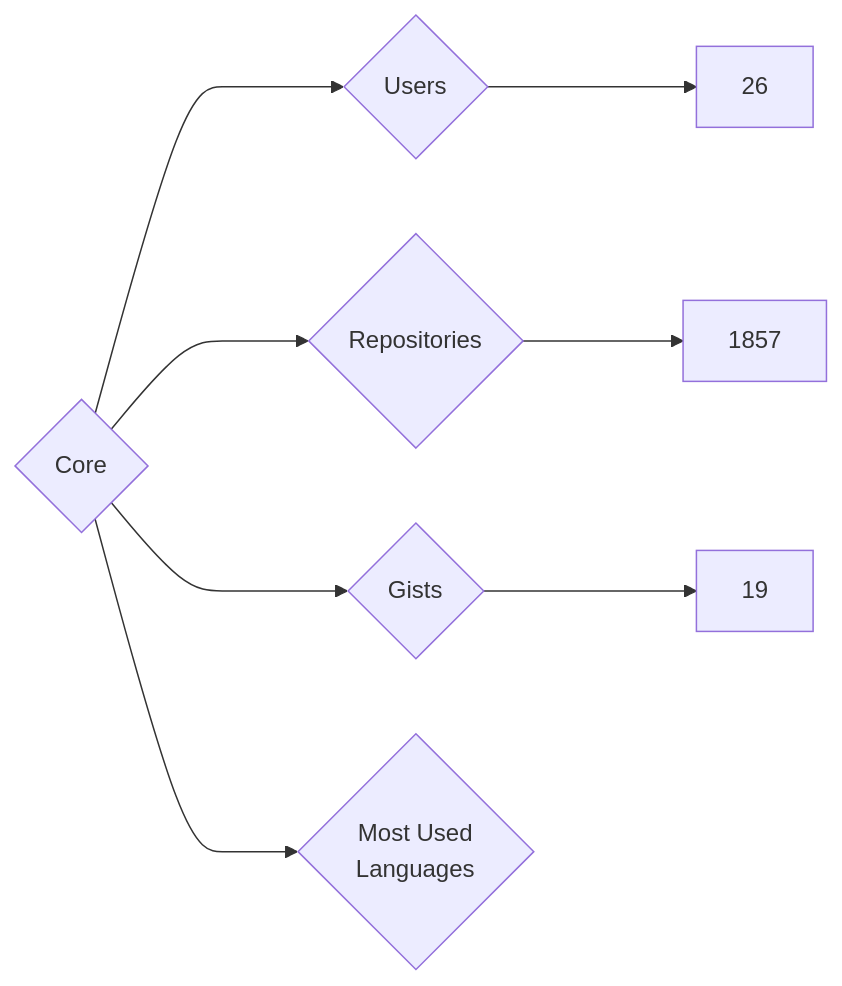
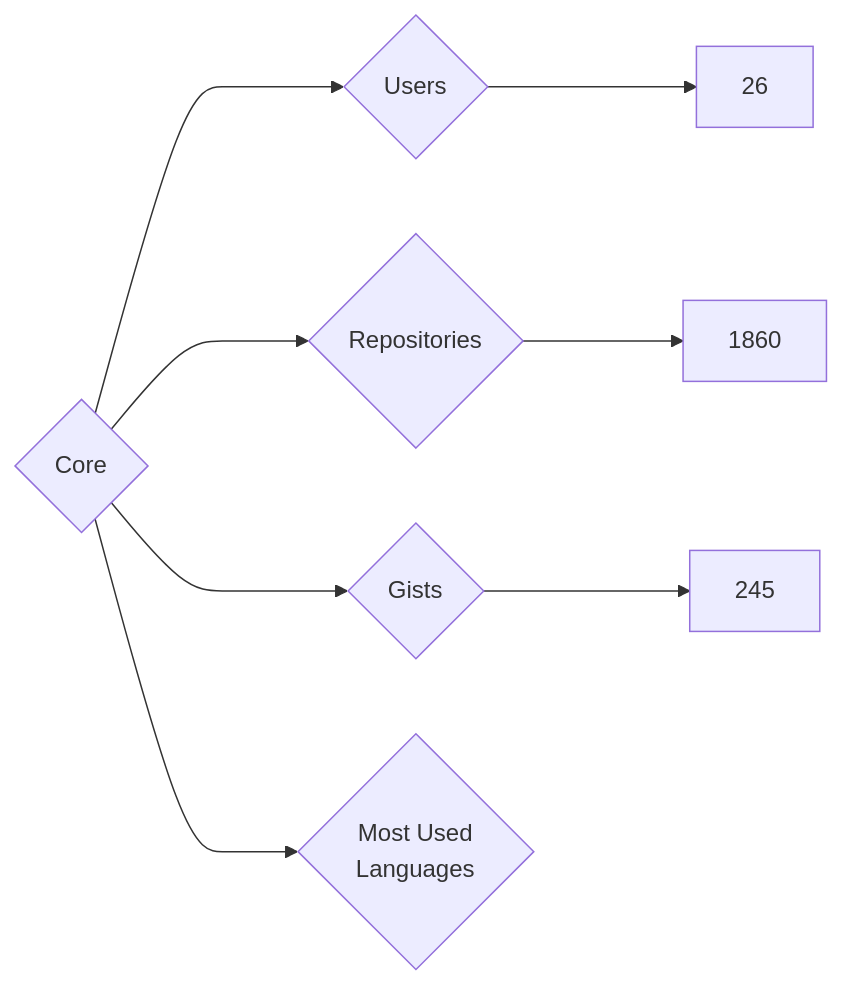
The diagram in targets/Core/README.md (nenadzaric/insiders), drawn with Mermaid before and after one commit. The commit also changed 1342 other files, not shown here.

````diff
--- a/targets/Core/README.md
+++ b/targets/Core/README.md
@@ -3,8 +3,8 @@
 ```mermaid
 graph LR
 COMPANY_NAME{Core}
 COMPANY_NAME ---> U{Users} ---> UN[26]
-COMPANY_NAME ---> R{Repositories} ---> RN[1857]
-COMPANY_NAME ---> G{Gists} ---> GN[19]
+COMPANY_NAME ---> R{Repositories} ---> RN[1860]
+COMPANY_NAME ---> G{Gists} ---> GN[245]
 COMPANY_NAME ---> ML{Most Used<br>Languages}
 ```
````
